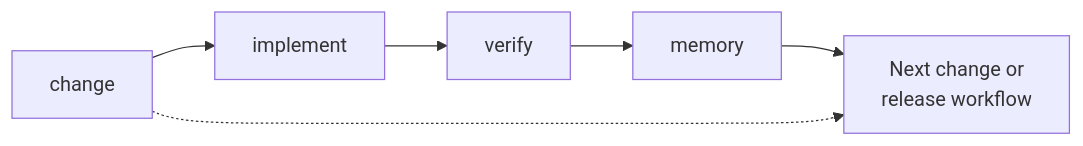
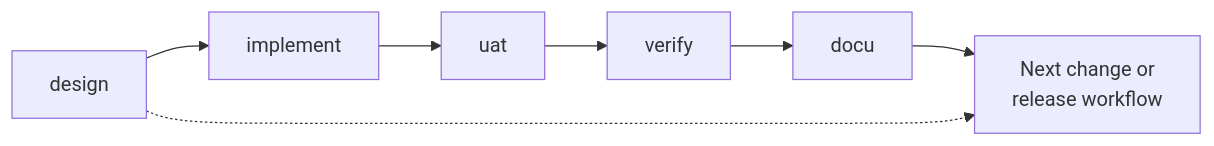
One commit to enthali/syspilot changed the first of 5 diagrams in docs/workflows.md. Above: the diagram before and after it, drawn with Mermaid. The commit also changed other lines of this file and 169 other files, not shown here.

Commit message:
release: v0.5.0 - Agent Architecture v2 (CR1-CR14)

````diff
--- a/docs/workflows.md
+++ b/docs/workflows.md
@@ -23,6 +37,6 @@
 ```{mermaid}
 flowchart LR
-    change --> implement --> verify --> memory
-    memory --> next["Next change or<br/>release workflow"]
-    change -.-> next
+    design --> implement --> uat --> verify --> docu
+    docu --> next["Next change or<br/>release workflow"]
+    design -.-> next
 ```
````
